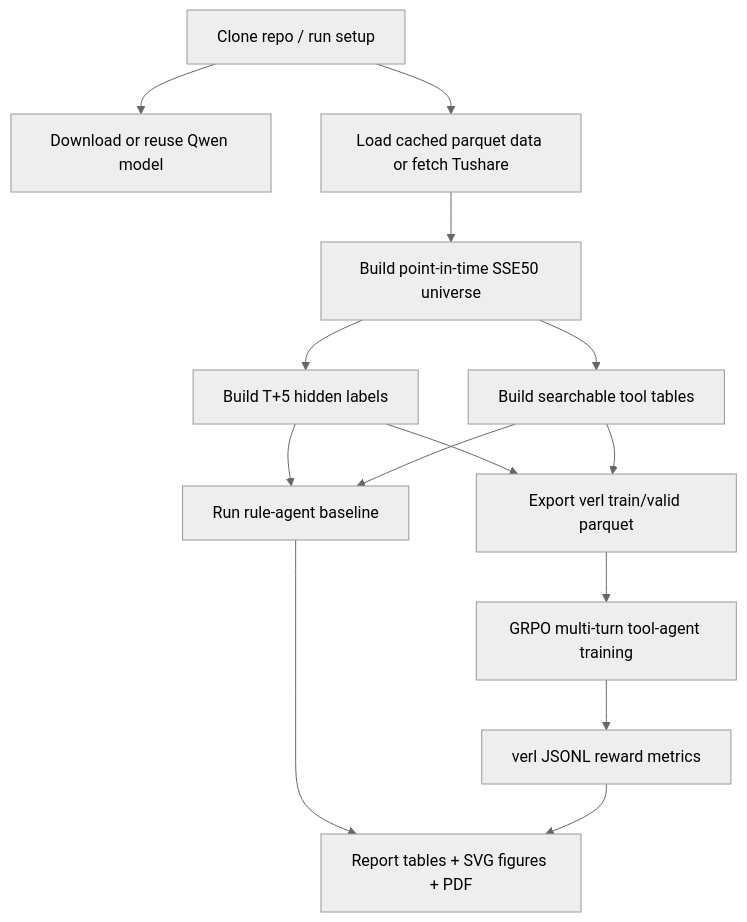
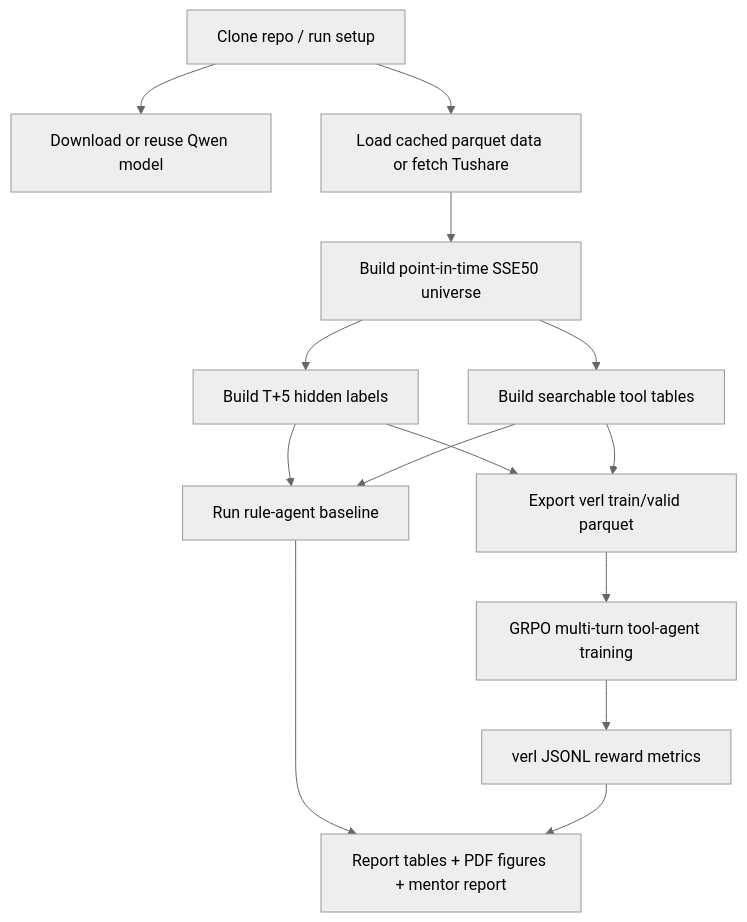
The diagram in README.md (altseven/Fin_search_agentRL), drawn with Mermaid (neutral theme) before and after one commit. The commit also changed other lines of this file and 9 other files, not shown here.

Commit message:
add new report pdf

````diff
--- a/README.md
+++ b/README.md
@@ -24,16 +24,16 @@
 ```mermaid
 flowchart TD
     A["Clone repo / run setup"] --> B["Download or reuse Qwen model"]
     A --> C["Load cached parquet data or fetch Tushare"]
     C --> D["Build point-in-time SSE50 universe"]
     D --> E["Build T+5 hidden labels"]
     D --> F["Build searchable tool tables"]
     E --> G["Export verl train/valid parquet"]
     F --> G
     E --> H["Run rule-agent baseline"]
     F --> H
     G --> I["GRPO multi-turn tool-agent training"]
     I --> J["verl JSONL reward metrics"]
-    H --> K["Report tables + SVG figures + PDF"]
+    H --> K["Report tables + PDF figures + mentor report"]
     J --> K
 ```
````
